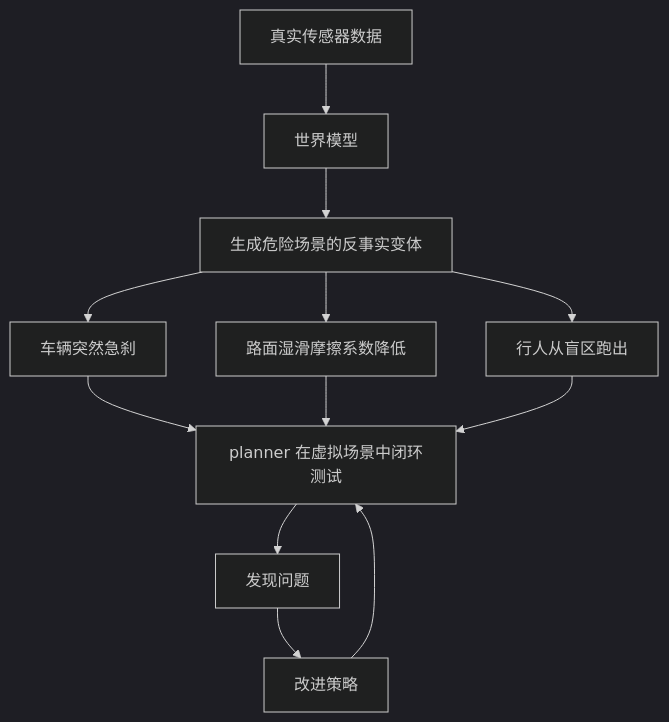
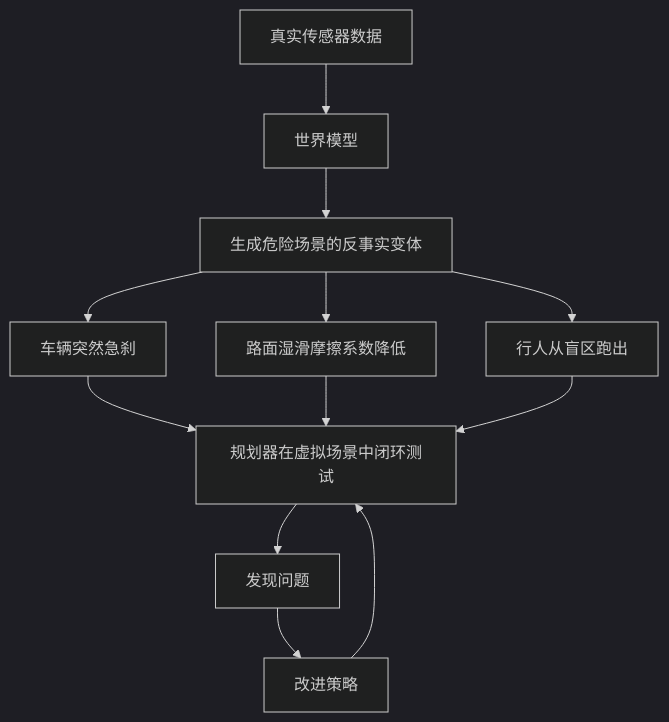
Before and after one commit to datawhalechina/learn-world-model: the second of 2 diagrams in docs/zh/lectures/lecture-01-internal-simulation/03-why-now.md, drawn with Mermaid (dark theme). The commit also changed other lines of this file and 7 other files, not shown here.

````diff
--- a/docs/zh/lectures/lecture-01-internal-simulation/03-why-now.md
+++ b/docs/zh/lectures/lecture-01-internal-simulation/03-why-now.md
@@ -80,12 +80,12 @@
 ```mermaid
 flowchart TD
     A[真实传感器数据] --> B[世界模型]
     B --> C[生成危险场景的反事实变体]
     C --> D[车辆突然急刹]
     C --> E[路面湿滑摩擦系数降低]
     C --> F[行人从盲区跑出]
-    D & E & F --> G[planner 在虚拟场景中闭环测试]
+    D & E & F --> G[规划器在虚拟场景中闭环测试]
     G --> H1[发现问题]
     H1 --> H2[改进策略]
     H2 --> G
 ```
````
